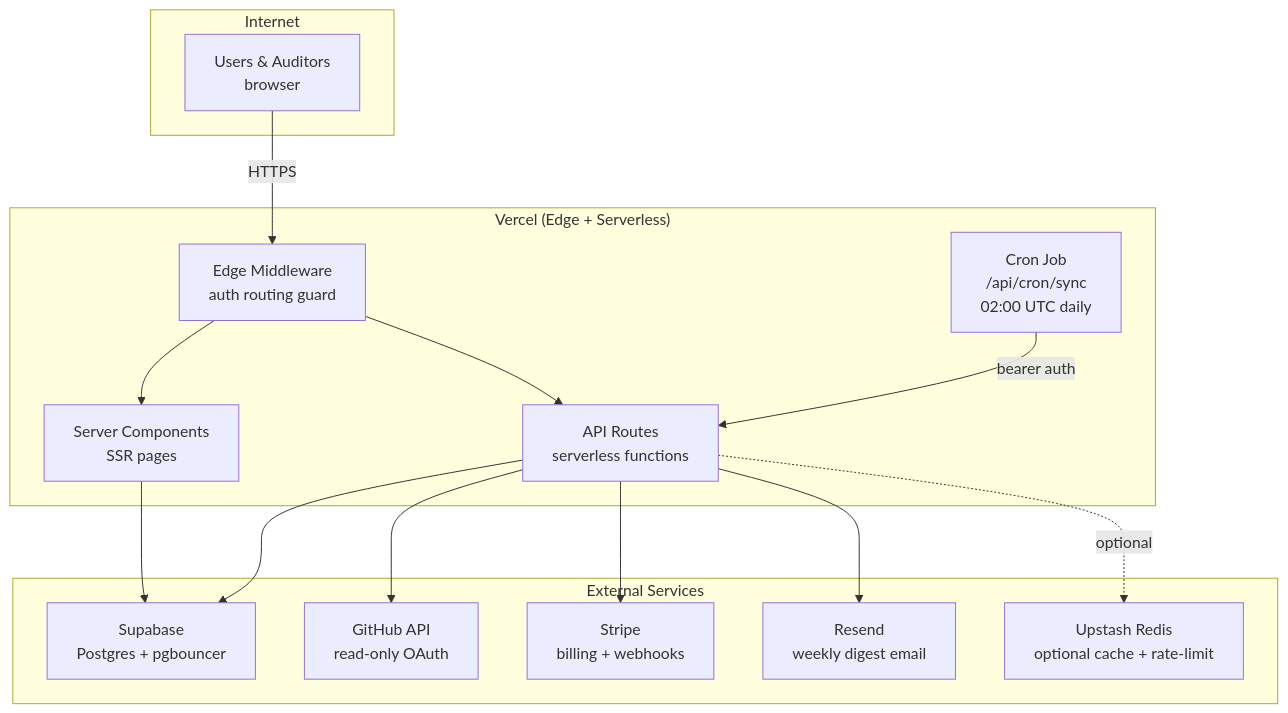
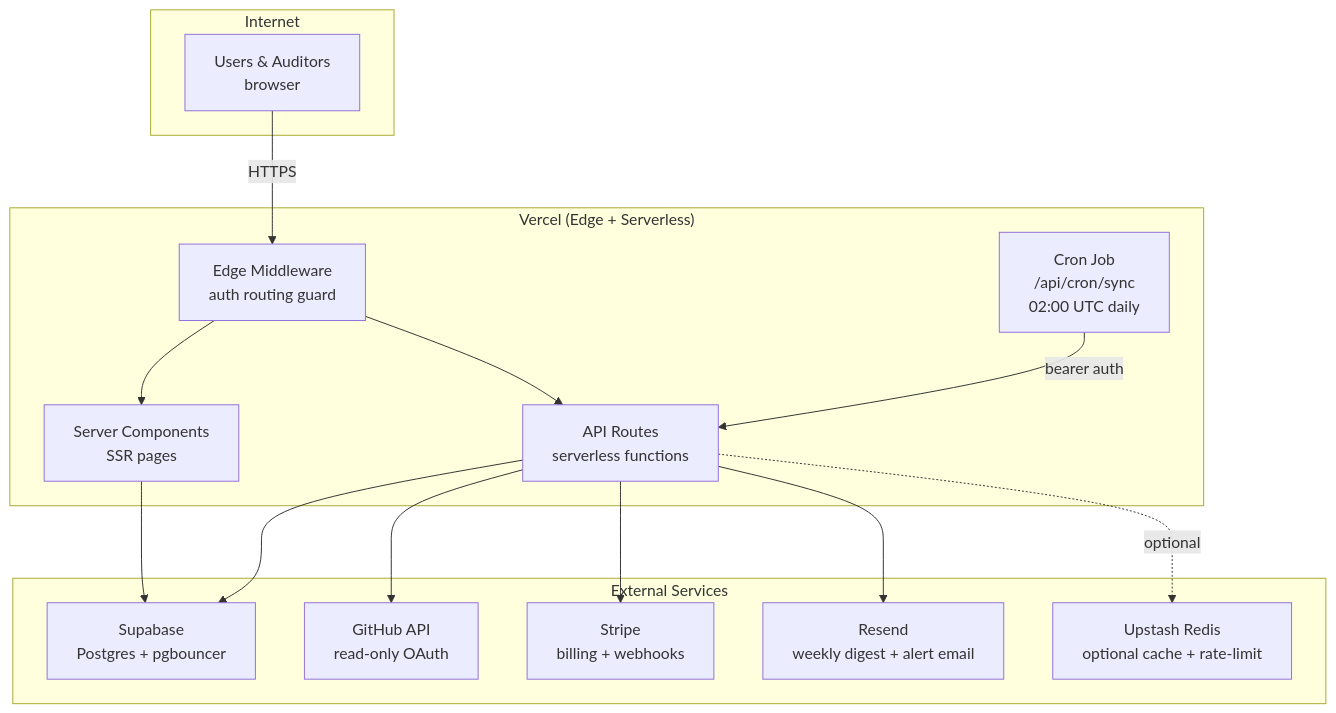
One commit to JohnJohnW/audittrail-dev changed diagram 16 of 16 in README.md. Above: the diagram before and after it, drawn with Mermaid. The commit also changed other lines of this file, not shown here.

````diff
--- a/README.md
+++ b/README.md
@@ -676,32 +992,32 @@
 ```mermaid
 graph TB
     subgraph Internet ["Internet"]
         USR["Users & Auditors\nbrowser"]
     end
 
     subgraph Vercel ["Vercel (Edge + Serverless)"]
         EDG["Edge Middleware\nauth routing guard"]
         SC["Server Components\nSSR pages"]
         API["API Routes\nserverless functions"]
         CRN["Cron Job\n/api/cron/sync\n02:00 UTC daily"]
     end
 
     subgraph Services ["External Services"]
         GH["GitHub API\nread-only OAuth"]
         SB["Supabase\nPostgres + pgbouncer"]
         STR["Stripe\nbilling + webhooks"]
-        RSD["Resend\nweekly digest email"]
+        RSD["Resend\nweekly digest + alert email"]
         RDS["Upstash Redis\noptional cache + rate-limit"]
     end
 
     USR -->|HTTPS| EDG
     EDG --> SC
     EDG --> API
     CRN -->|bearer auth| API
     SC --> SB
     API --> SB
     API --> GH
     API --> STR
     API --> RSD
     API -.->|optional| RDS
 ```
````
